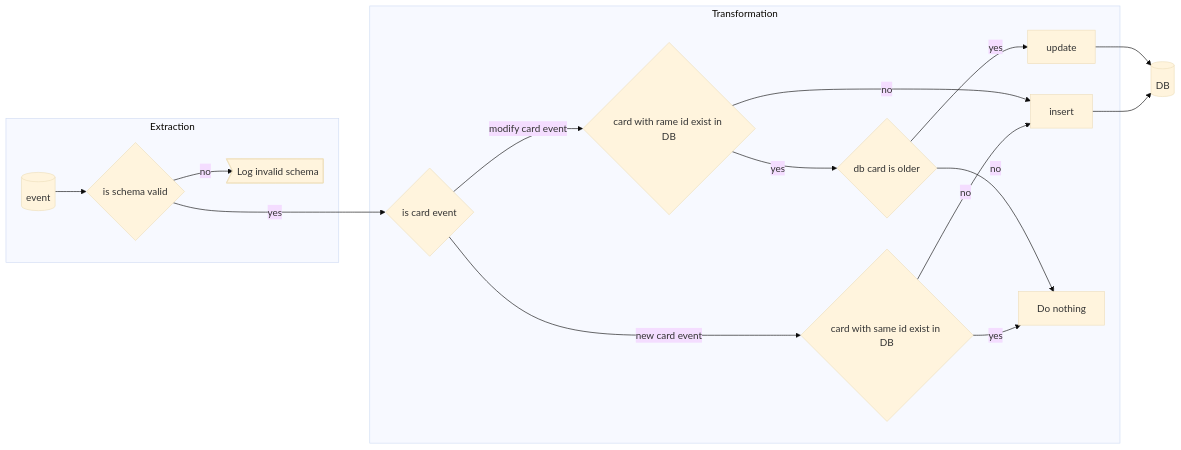
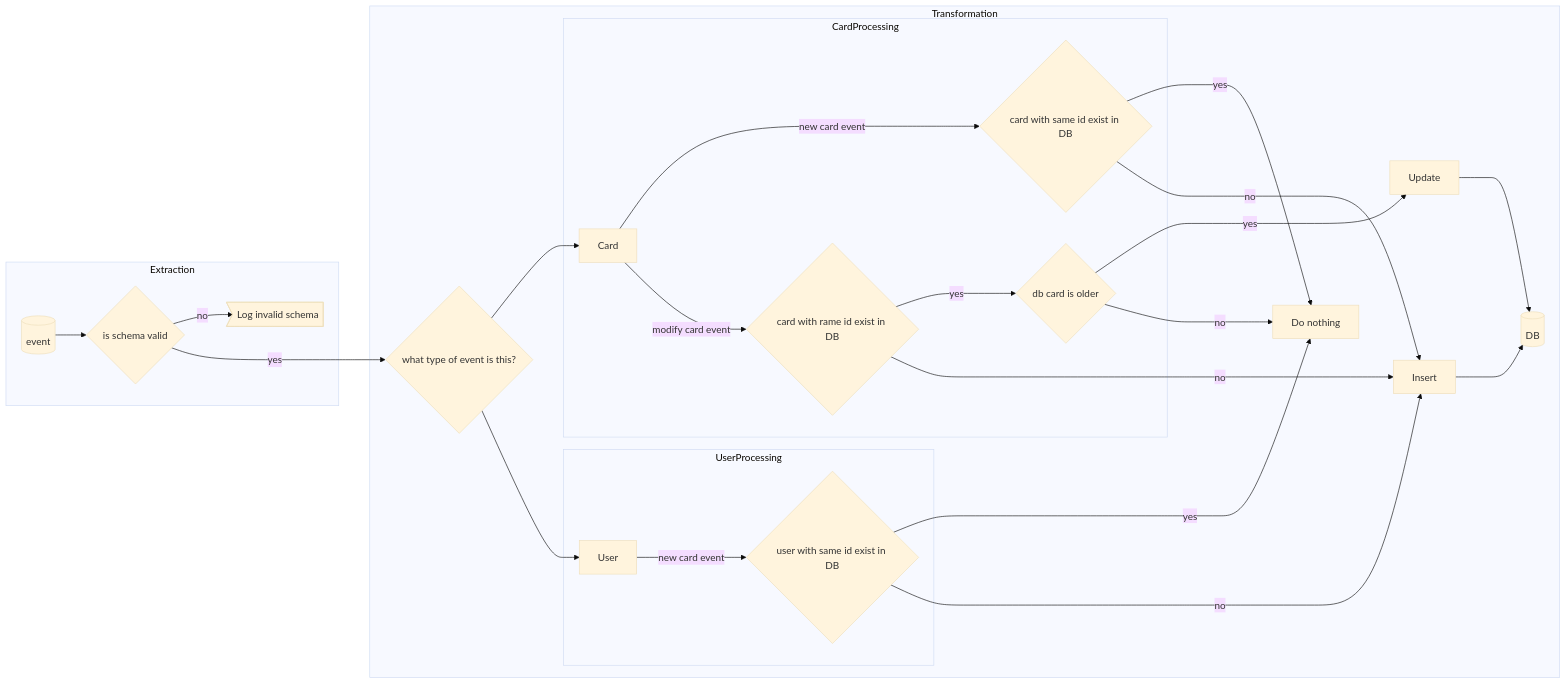
Before and after one commit to drawm/data-engineer-challenge: the second of 2 diagrams in PROGRESS.md, drawn with Mermaid (base theme). The commit also changed 1 other file, not shown here.

Commit message:
Updated processing flowgraph to include user processing I'm starting to doubt Mermaid is a good choice to write graph in plain text. I always have to choose between readability of integrity of the graph

````diff
--- a/PROGRESS.md
+++ b/PROGRESS.md
@@ -321,43 +321,68 @@
 ```mermaid
 flowchart LR    
     DB[(DB)]
-    Insert[insert] --> DB
-    Update[update] --> DB 
     
     subgraph Extraction
     Load[(event)]
     --> isSchemaValid{is schema valid}
 
         isSchemaValid
         -- no --> logInvalidSchema>Log invalid schema]
+    end
 
-    end
     subgraph Transformation
+        Insert[Insert]
+        Update[Update]
+        Noop[Do nothing]
+
         isSchemaValid
-        -- yes ---> isCard{is card event}
+        -- yes ---> detectType{what type of event is this?}
 
-        isCard
-        -- new card event --> alreadyExistNew{card with same id exist in DB}
+        subgraph CardProcessing
 
-            alreadyExistNew
-            -- yes --> Noop[Do nothing]
+            isCard[Card]
+            -- new card event --> cardAlreadyExistNew{card with same id exist in DB}
+
+
+            isCard
+            -- modify card event --> cardAlreadyExistModify{card with rame id exist in DB}
+            -- yes --> dbIsOlder{db card is older}
+
+        end
+
+        subgraph UserProcessing
             
-            alreadyExistNew
-            -- no --> Insert
+            isUser[User]
+            -- new card event --> userAlreadyExistNew{user with same id exist in DB}
 
-        isCard
-        -- modify card event --> alreadyExistModify{card with rame id exist in DB}
+        end
+        
+        cardAlreadyExistModify
+        -- no --> Insert 
 
-            alreadyExistModify
-            -- no --> Insert 
+        cardAlreadyExistNew
+        -- yes --> Noop
+        
+        cardAlreadyExistNew
+        -- no --> Insert
+              
+        detectType --> isCard
+        detectType --> isUser
 
-            alreadyExistModify
-            -- yes --> dbIsOlder{db card is older}
-            
-            dbIsOlder
-            -- yes --> Update
+        dbIsOlder
+        -- yes ----> Update
 
-            dbIsOlder
-            -- no --> Noop 
+        dbIsOlder
+        -- no ---> Noop 
+
+        userAlreadyExistNew
+        -- yes ---> Noop
+        
+        userAlreadyExistNew
+        -- no -----> Insert
+
+
+        Insert ---> DB
+        Update ---> DB 
     end
 ```
````
